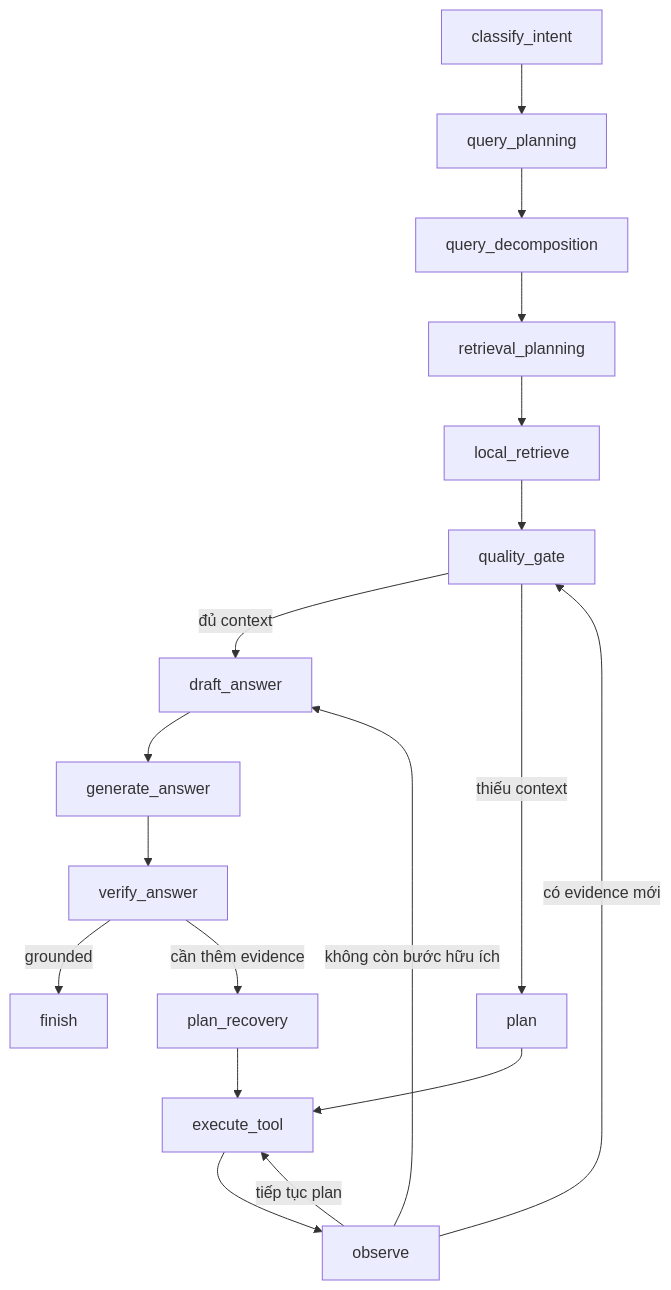
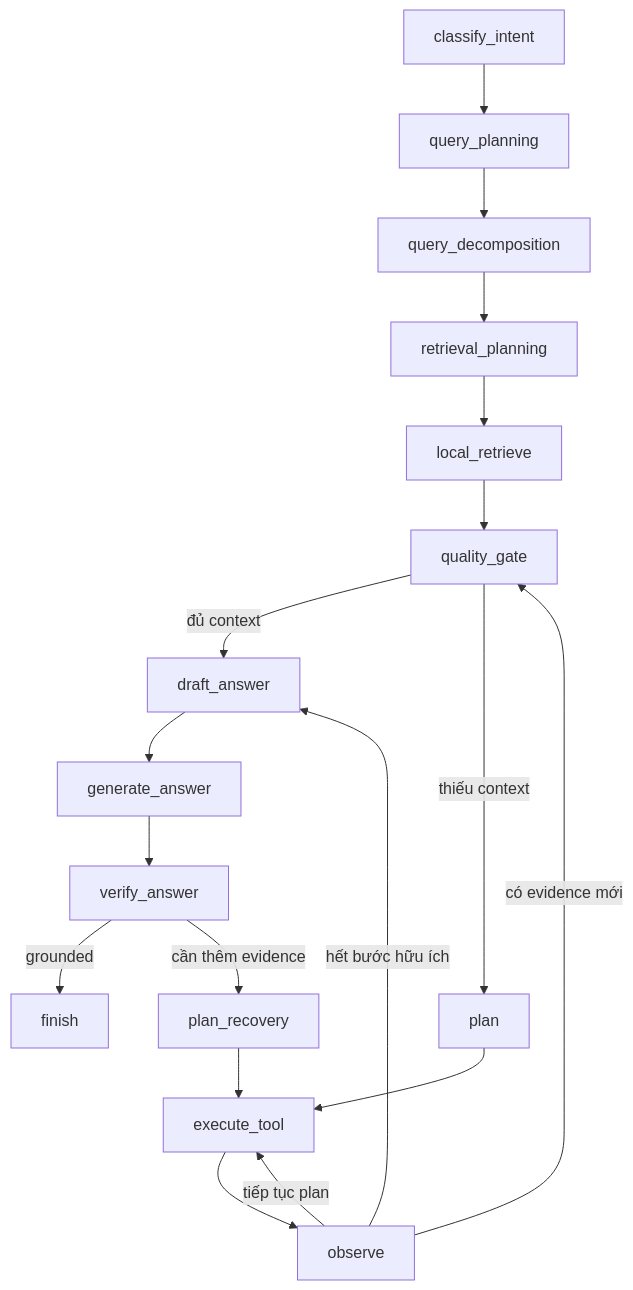
One commit to 8thMay03/Academic-Agentic-RAG changed the first of 2 diagrams in README.md. Above: the diagram before and after it, drawn with Mermaid. The commit also changed other lines of this file, not shown here.

````diff
--- a/README.md
+++ b/README.md
@@ -11,20 +40,20 @@
 ```mermaid
 flowchart TD
     A["classify_intent"] --> B["query_planning"]
     B --> C["query_decomposition"]
     C --> D["retrieval_planning"]
     D --> E["local_retrieve"]
     E --> F["quality_gate"]
     F -->|đủ context| G["draft_answer"]
     F -->|thiếu context| H["plan"]
     H --> I["execute_tool"]
     I --> J["observe"]
     J -->|có evidence mới| F
     J -->|tiếp tục plan| I
-    J -->|không còn bước hữu ích| G
+    J -->|hết bước hữu ích| G
     G --> K["generate_answer"]
     K --> L["verify_answer"]
     L -->|grounded| M["finish"]
     L -->|cần thêm evidence| N["plan_recovery"]
     N --> I
 ```
````
